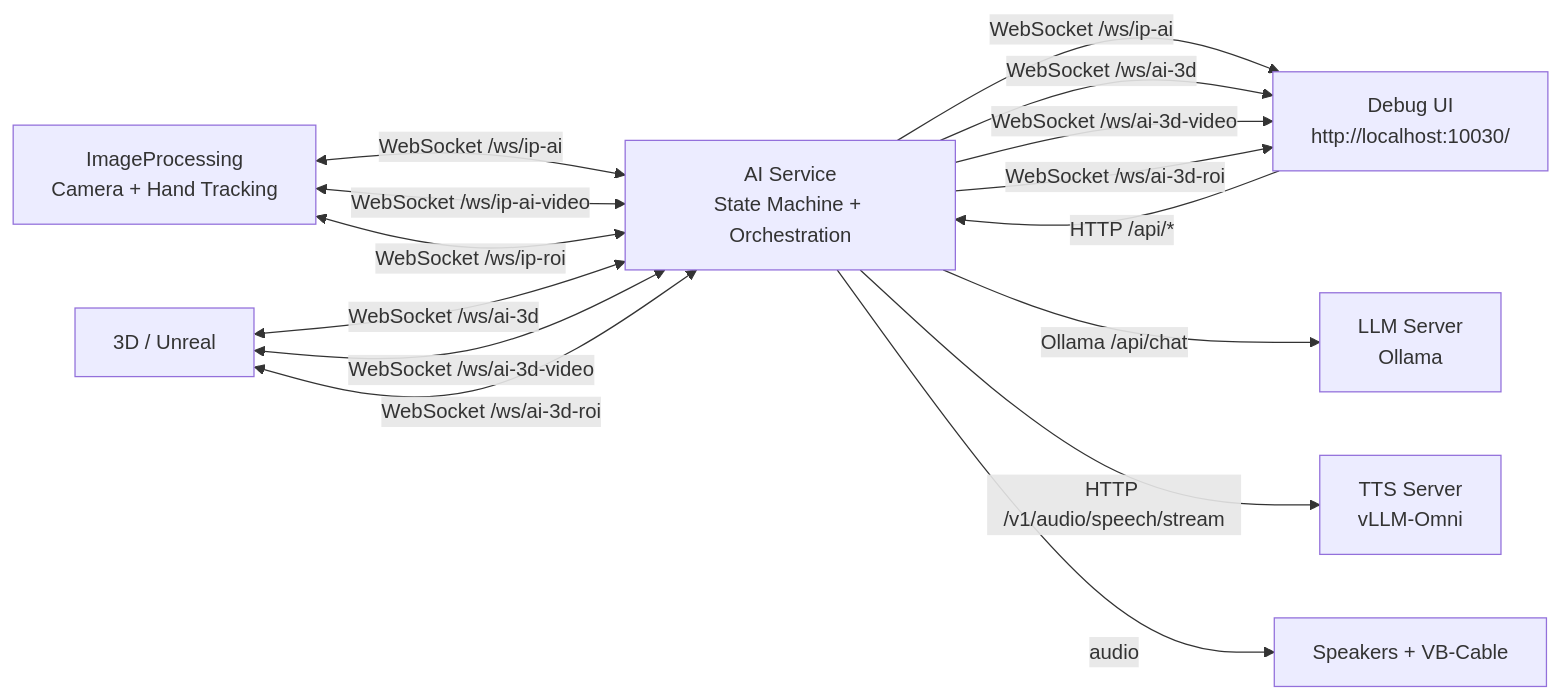
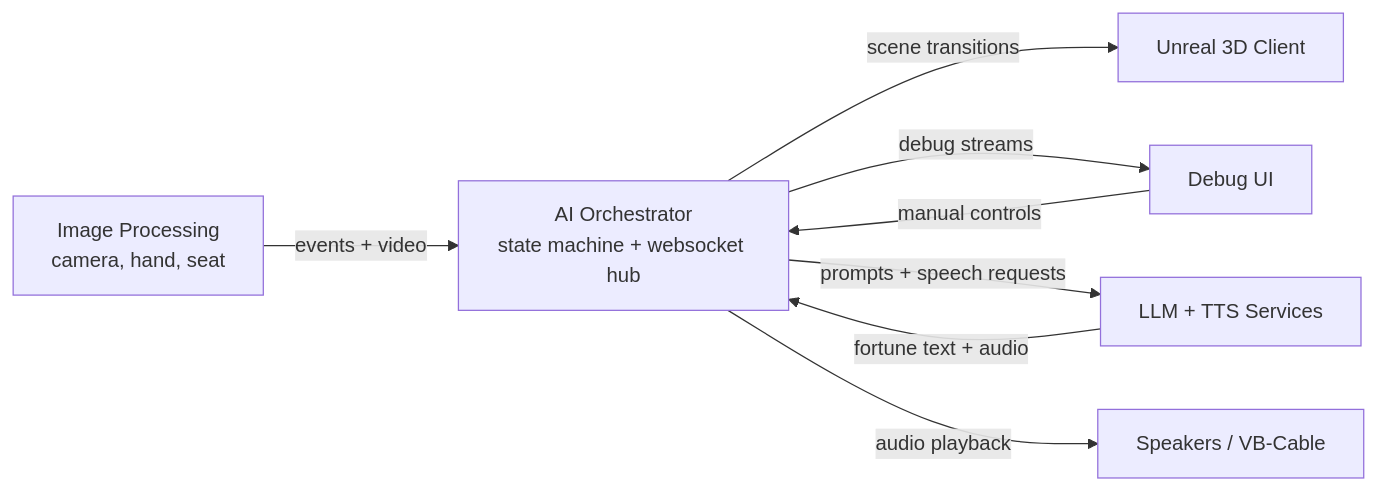
Before and after one commit to hs-duesseldorf/TheWitch: the diagram in README.md, drawn with Mermaid. The commit also changed other lines of this file, not shown here.

````diff
--- a/README.md
+++ b/README.md
@@ -7,29 +7,17 @@
 ```mermaid
 flowchart LR
-    ip[ImageProcessing<br/>Camera + Hand Tracking]
-    ai[AI Service<br/>State Machine + Orchestration]
-    llm[LLM Server<br/>Ollama]
-    tts[TTS Server<br/>vLLM-Omni]
-    debug[Debug UI<br/>http://localhost:10030/]
-    unreal[3D / Unreal]
+    ip[Image Processing<br/>camera, hand, seat]
+    ai[AI Orchestrator<br/>state machine + websocket hub]
+    models[LLM + TTS Services]
+    unreal[Unreal 3D Client]
+    debug[Debug UI]
+    audio[Speakers / VB-Cable]
 
-    ip <-- "WebSocket /ws/ip-ai" --> ai
-    ip <-- "WebSocket /ws/ip-ai-video" --> ai
-    ip <-- "WebSocket /ws/ip-roi" --> ai
-
-    debug -- "HTTP /api/*" --> ai
-    ai -- "WebSocket /ws/ip-ai" --> debug
-    ai -- "WebSocket /ws/ai-3d" --> debug
-    ai -- "WebSocket /ws/ai-3d-video" --> debug
-    ai -- "WebSocket /ws/ai-3d-roi" --> debug
-
-    unreal <-- "WebSocket /ws/ai-3d" --> ai
-    unreal <-- "WebSocket /ws/ai-3d-video" --> ai
-    unreal <-- "WebSocket /ws/ai-3d-roi" --> ai
-
-    ai -- "Ollama /api/chat" --> llm
-    ai -- "HTTP /v1/audio/speech/stream" --> tts
-    ai -- "audio" --> speakers
-
-    speakers[Speakers + VB-Cable]
+    ip -- "events + video" --> ai
+    ai -- "scene transitions" --> unreal
+    ai -- "debug streams" --> debug
+    debug -- "manual controls" --> ai
+    ai -- "prompts + speech requests" --> models
+    models -- "fortune text + audio" --> ai
+    ai -- "audio playback" --> audio
 ```
````
